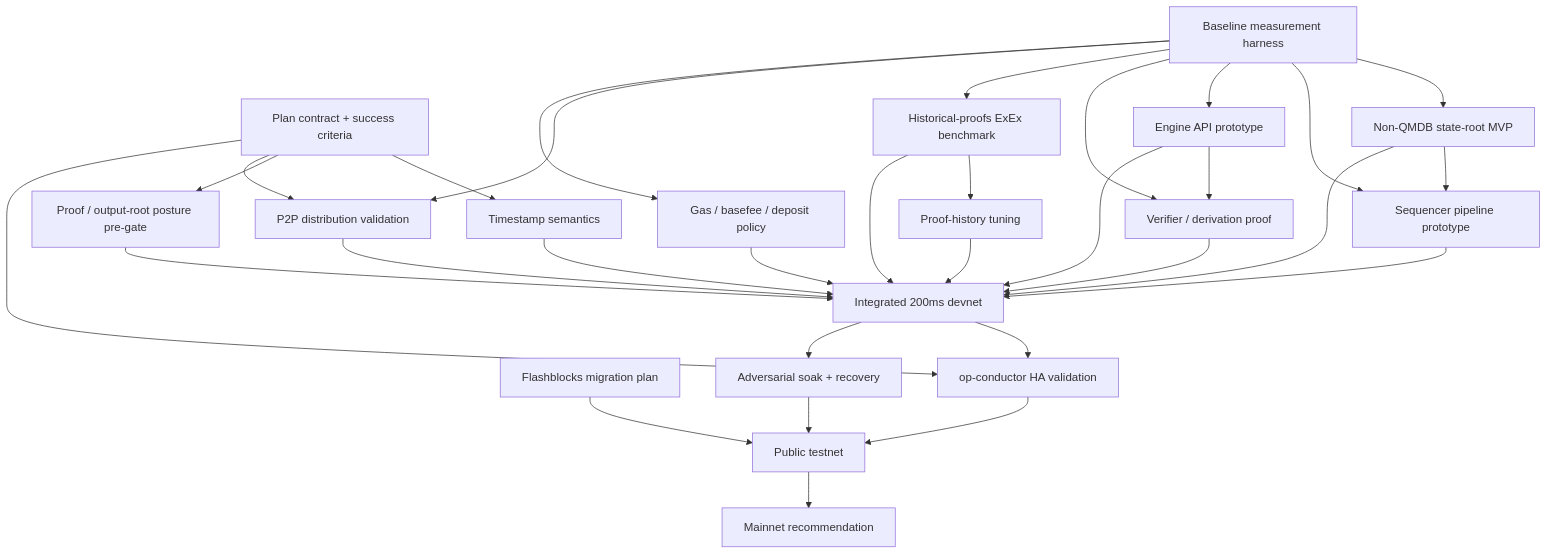
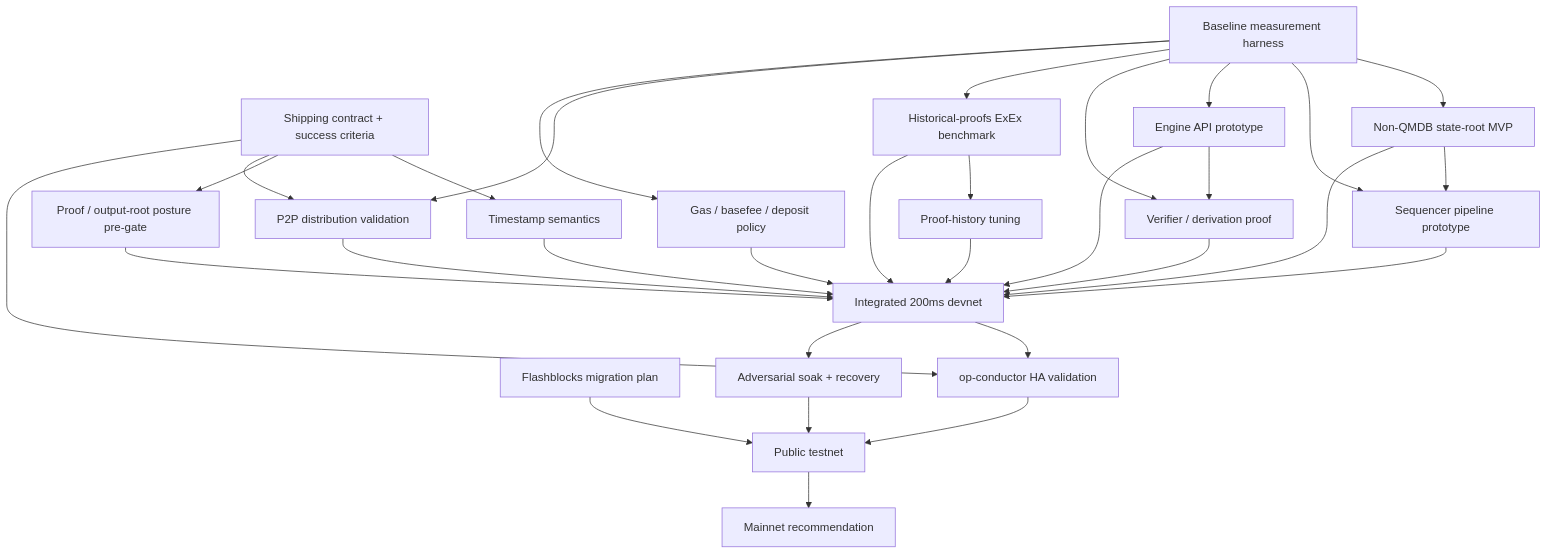
One commit to 0x00101010/notes changed the diagram in 200ms-blocks/src/content/plan.md. Above: the diagram before and after it, drawn with Mermaid. The commit also changed other lines of this file, not shown here.

````diff
--- a/200ms-blocks/src/content/plan.md
+++ b/200ms-blocks/src/content/plan.md
@@ -232,52 +218,52 @@
 ```mermaid
 flowchart TD
-    A[Plan contract + success criteria]
+    A[Shipping contract + success criteria]
     B[Baseline measurement harness]
     C[Timestamp semantics]
     D[Proof / output-root posture pre-gate]
     E[Non-QMDB state-root MVP]
     F[Sequencer pipeline prototype]
     G[Engine API prototype]
     H[Verifier / derivation proof]
     I[Historical-proofs ExEx benchmark]
     J[Proof-history tuning]
     K[P2P distribution validation]
     L[Gas / basefee / deposit policy]
     M[Flashblocks migration plan]
     N[Integrated 200ms devnet]
     O[op-conductor HA validation]
     P[Adversarial soak + recovery]
     Q[Public testnet]
     R[Mainnet recommendation]
 
     A --> C
     A --> D
     A --> K
     A --> O
     B --> E
     B --> F
     B --> G
     B --> H
     B --> I
     B --> K
     B --> L
     E --> F
     G --> H
     I --> J
     C --> N
     D --> N
     E --> N
     F --> N
     G --> N
     H --> N
     I --> N
     J --> N
     K --> N
     L --> N
     N --> O
     N --> P
     M --> Q
     O --> Q
     P --> Q
     Q --> R
 ```
````
